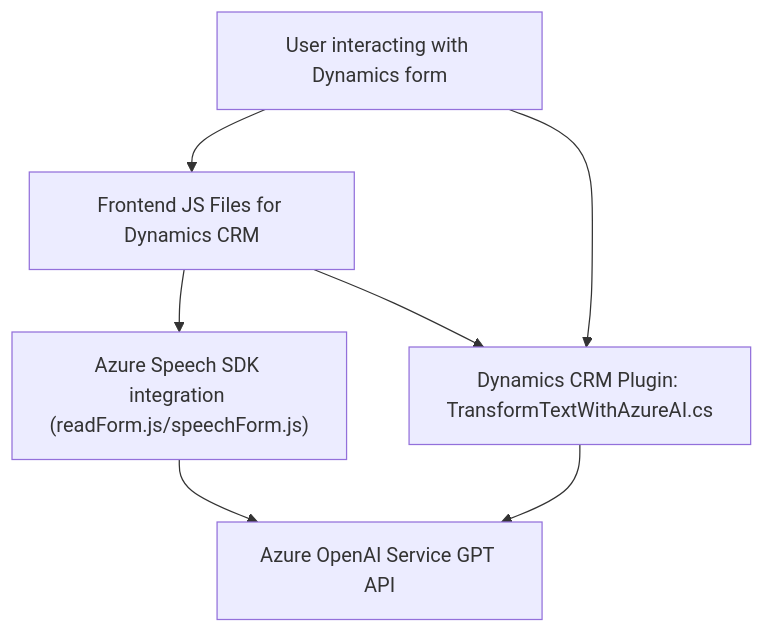
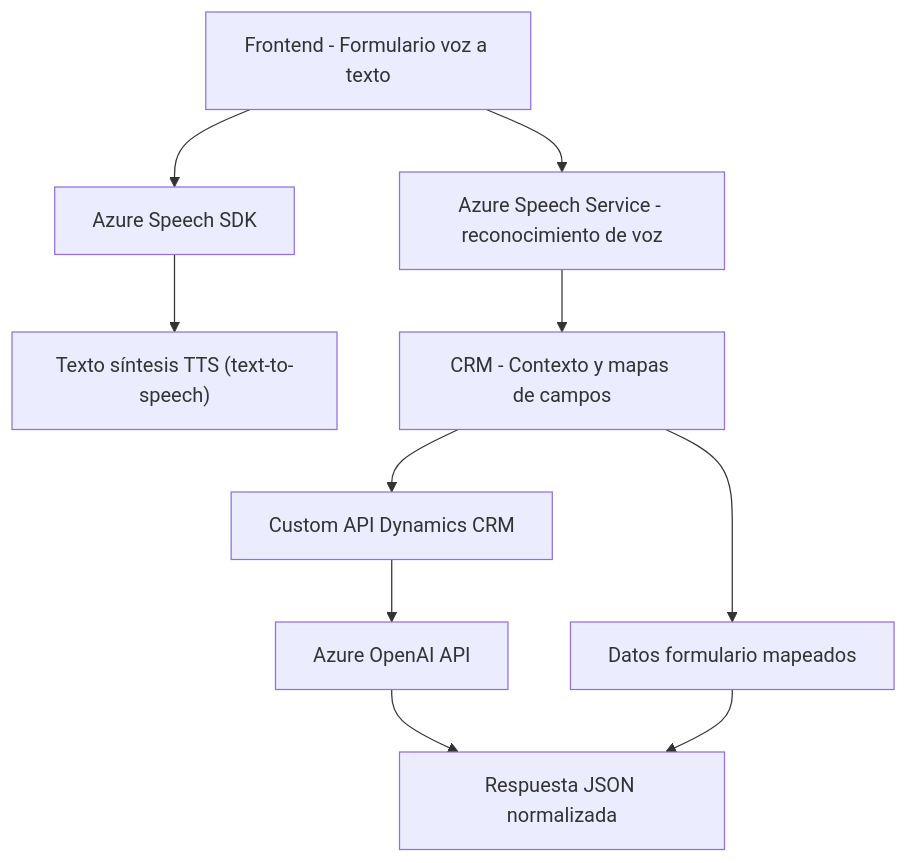
Before and after one commit to blopezdm/NETCORE_BILBAO2025: the diagram in README.md, drawn with Mermaid. The commit also changed other lines of this file, not shown here.

````diff
--- a/README.md
+++ b/README.md
@@ -40,15 +46,12 @@
 ```mermaid
 graph TD
-    A["Dynamics CRM Plugin: TransformTextWithAzureAI.cs"]
-    B["Azure OpenAI Service GPT API"]
-    C["Azure Speech SDK integration (readForm.js/speechForm.js)"]
-    D["Frontend JS Files for Dynamics CRM"]
-    E["User interacting with Dynamics form"]
-
-    E --> D
-    D --> C
-    C --> B
-    E --> A
-    A --> B
-    D --> A
+    A["Frontend - Formulario voz a texto"] --> B["Azure Speech SDK"]
+    B --> C["Texto síntesis TTS (text-to-speech)"]
+    A --> D["Azure Speech Service - reconocimiento de voz"]
+    D --> E["CRM - Contexto y mapas de campos"]
+    E --> F["Custom API Dynamics CRM"]
+    E --> G["Datos formulario mapeados"]
+    F --> H["Azure OpenAI API"]
+    H --> I["Respuesta JSON normalizada"]
+    G --> I
 ```
````
